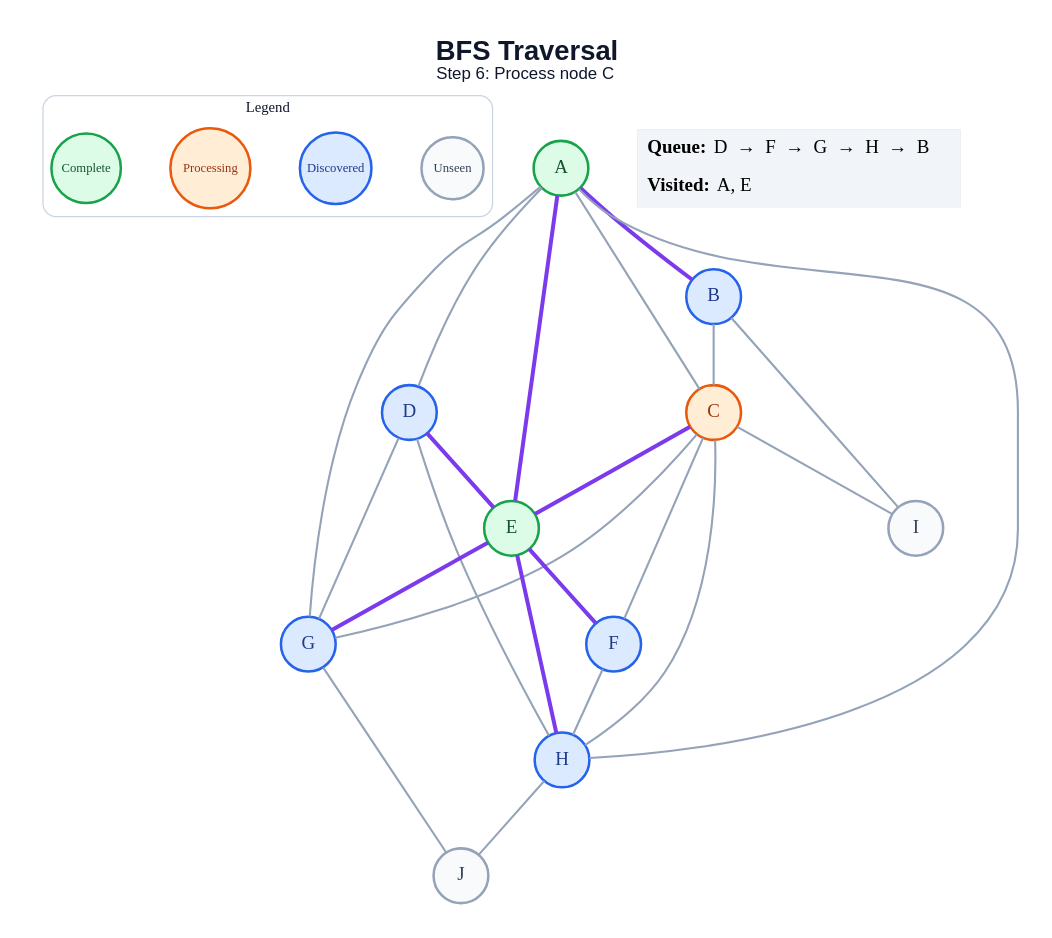
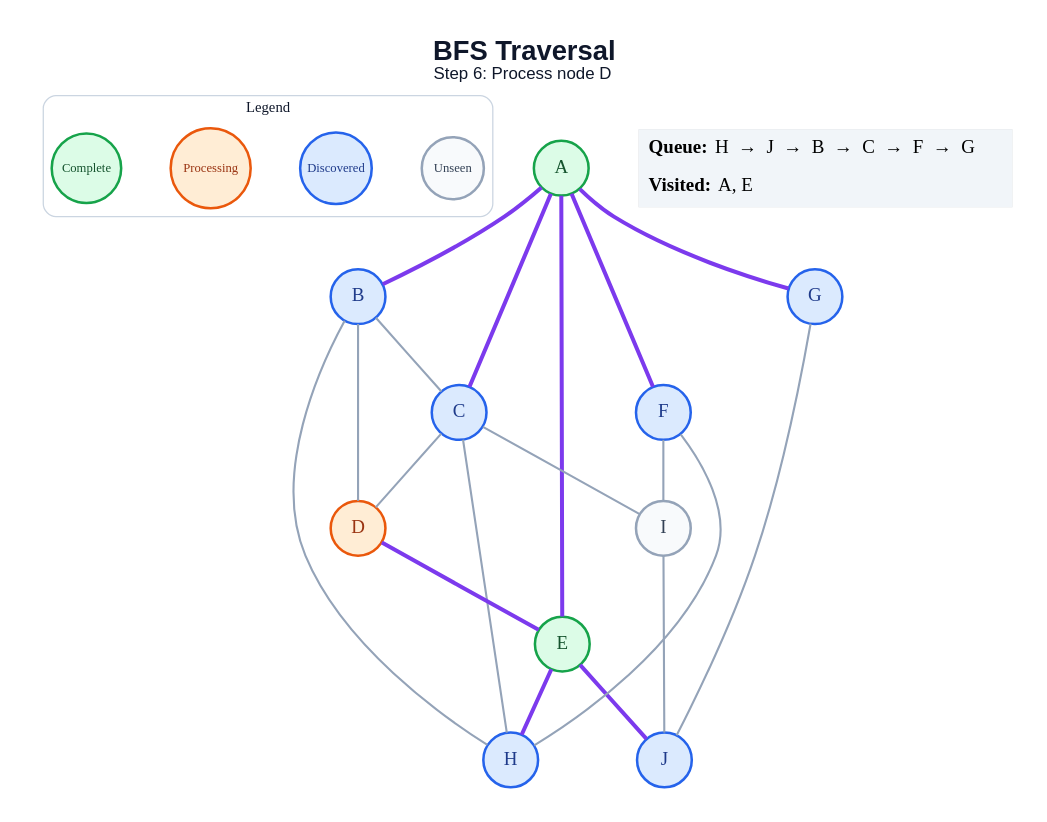
One commit to amanghodawala9/ai-slop changed the diagram in generated/specific-node/bfs/step_06.dot. Above: the diagram before and after it, drawn with Graphviz. The commit also changed 178 other files, not shown here.

```diff
--- a/generated/specific-node/bfs/step_06.dot
+++ b/generated/specific-node/bfs/step_06.dot
@@ -1,51 +1,47 @@
 graph traversal {
   graph [layout=dot, rankdir=TB, bgcolor="#FFFFFF", pad="0.35", nodesep="0.65", ranksep="0.8", fontname="Arial"];
   node [shape=circle, style="filled", fontname="Arial Bold", fontsize=18, width=0.72, fixedsize=true, penwidth=2.4];
   edge [color="#94A3B8", penwidth=2.0];
-  label=<<B>BFS Traversal</B><BR/><FONT POINT-SIZE="16">Step 6: Process node C</FONT>>; labelloc="t"; fontsize=26; fontname="Arial"; fontcolor="#0F172A";
+  label=<<B>BFS Traversal</B><BR/><FONT POINT-SIZE="16">Step 6: Process node D</FONT>>; labelloc="t"; fontsize=26; fontname="Arial"; fontcolor="#0F172A";
   subgraph cluster_legend { label="Legend"; color="#CBD5E1"; penwidth=1.2; style="rounded"; fontsize=14; fontname="Arial Bold";
     key_unseen [label="Unseen", fillcolor="#F8FAFC", color="#94A3B8", fontcolor="#334155", fontsize=12, width=0.82];
     key_frontier [label="Discovered", fillcolor="#DBEAFE", color="#2563EB", fontcolor="#1E3A8A", fontsize=12, width=0.95];
     key_current [label="Processing", fillcolor="#FFEDD5", color="#EA580C", fontcolor="#9A3412", fontsize=12, width=1.05];
     key_done [label="Complete", fillcolor="#DCFCE7", color="#16A34A", fontcolor="#14532D", fontsize=12, width=0.92];
     { rank=same; key_unseen; key_frontier; key_current; key_done; }
   }
   A [fillcolor="#DCFCE7", color="#16A34A", fontcolor="#14532D"];
   B [fillcolor="#DBEAFE", color="#2563EB", fontcolor="#1E3A8A"];
-  C [fillcolor="#FFEDD5", color="#EA580C", fontcolor="#9A3412"];
-  D [fillcolor="#DBEAFE", color="#2563EB", fontcolor="#1E3A8A"];
+  C [fillcolor="#DBEAFE", color="#2563EB", fontcolor="#1E3A8A"];
+  D [fillcolor="#FFEDD5", color="#EA580C", fontcolor="#9A3412"];
   E [fillcolor="#DCFCE7", color="#16A34A", fontcolor="#14532D"];
   F [fillcolor="#DBEAFE", color="#2563EB", fontcolor="#1E3A8A"];
   G [fillcolor="#DBEAFE", color="#2563EB", fontcolor="#1E3A8A"];
   H [fillcolor="#DBEAFE", color="#2563EB", fontcolor="#1E3A8A"];
   I [fillcolor="#F8FAFC", color="#94A3B8", fontcolor="#334155"];
-  J [fillcolor="#F8FAFC", color="#94A3B8", fontcolor="#334155"];
+  J [fillcolor="#DBEAFE", color="#2563EB", fontcolor="#1E3A8A"];
   A -- B [color="#7C3AED", penwidth=3.8];
-  A -- C;
-  A -- D;
+  A -- C [color="#7C3AED", penwidth=3.8];
   A -- E [color="#7C3AED", penwidth=3.8];
-  A -- G;
-  A -- H;
+  A -- F [color="#7C3AED", penwidth=3.8];
+  A -- G [color="#7C3AED", penwidth=3.8];
   B -- C;
-  B -- I;
-  C -- E [color="#7C3AED", penwidth=3.8];
-  C -- F;
-  C -- G;
+  B -- D;
+  B -- H;
+  C -- D;
   C -- H;
   C -- I;
   D -- E [color="#7C3AED", penwidth=3.8];
-  D -- G;
-  D -- H;
-  E -- F [color="#7C3AED", penwidth=3.8];
-  E -- G [color="#7C3AED", penwidth=3.8];
   E -- H [color="#7C3AED", penwidth=3.8];
+  E -- J [color="#7C3AED", penwidth=3.8];
   F -- H;
+  F -- I;
   G -- J;
-  H -- J;
+  I -- J;
   status [shape=plain, fixedsize=false, width=0, height=0, margin=0, label=<
     <TABLE BORDER="0" CELLBORDER="0" CELLPADDING="7" BGCOLOR="#F1F5F9">
-      <TR><TD ALIGN="LEFT"><B>Queue:</B> D  →  F  →  G  →  H  →  B</TD></TR>
+      <TR><TD ALIGN="LEFT"><B>Queue:</B> H  →  J  →  B  →  C  →  F  →  G</TD></TR>
       <TR><TD ALIGN="LEFT"><B>Visited:</B> A, E</TD></TR>
     </TABLE>
   >];
 }
```
